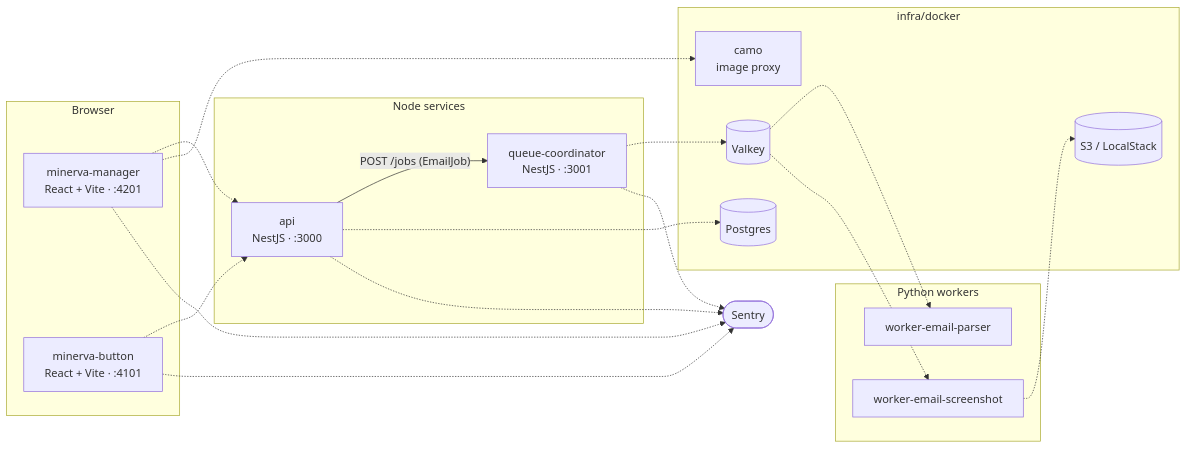
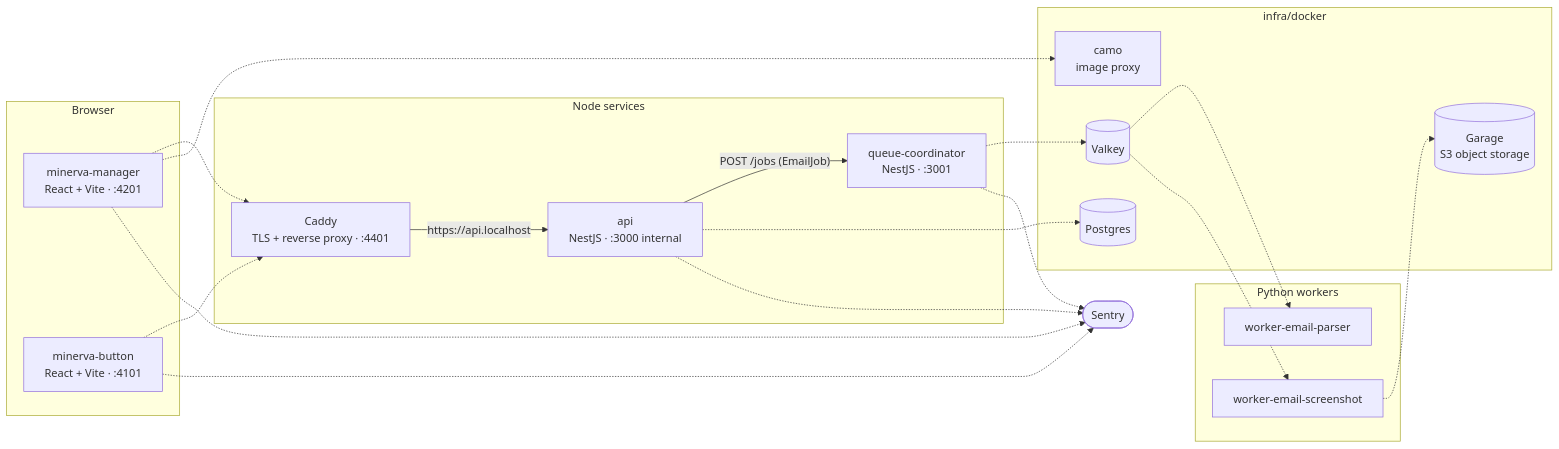
One commit to AlexisRoe/minerva changed the first of 2 diagrams in README.md. Above: the diagram before and after it, drawn with Mermaid. The commit also changed other lines of this file and 110 other files, not shown here.

````diff
--- a/README.md
+++ b/README.md
@@ -20,40 +20,42 @@
 ```mermaid
 flowchart LR
   subgraph browser["Browser"]
     manager["minerva-manager<br/>React + Vite · :4201"]
     button["minerva-button<br/>React + Vite · :4101"]
   end
 
   subgraph services["Node services"]
-    api["api<br/>NestJS · :3000"]
+    caddy["Caddy<br/>TLS + reverse proxy · :4401"]
+    api["api<br/>NestJS · :3000 internal"]
     qc["queue-coordinator<br/>NestJS · :3001"]
+    caddy -->|"https://api.localhost"| api
   end
 
   subgraph python["Python workers"]
     parser["worker-email-parser"]
     shot["worker-email-screenshot"]
   end
 
   subgraph infra["infra/docker"]
     pg[("Postgres")]
     valkey[("Valkey")]
-    s3[("S3 / LocalStack")]
+    s3[("Garage<br/>S3 object storage")]
     camo["camo<br/>image proxy"]
   end
 
-  manager -.-> api
-  button -.-> api
+  manager -.-> caddy
+  button -.-> caddy
   api -->|"POST /jobs (EmailJob)"| qc
   qc -.-> valkey
   api -.-> pg
   valkey -.-> parser
   valkey -.-> shot
   shot -.-> s3
   manager -.-> camo
 
   sentry(["Sentry"])
   manager -.-> sentry
   button -.-> sentry
   api -.-> sentry
   qc -.-> sentry
 ```
````
